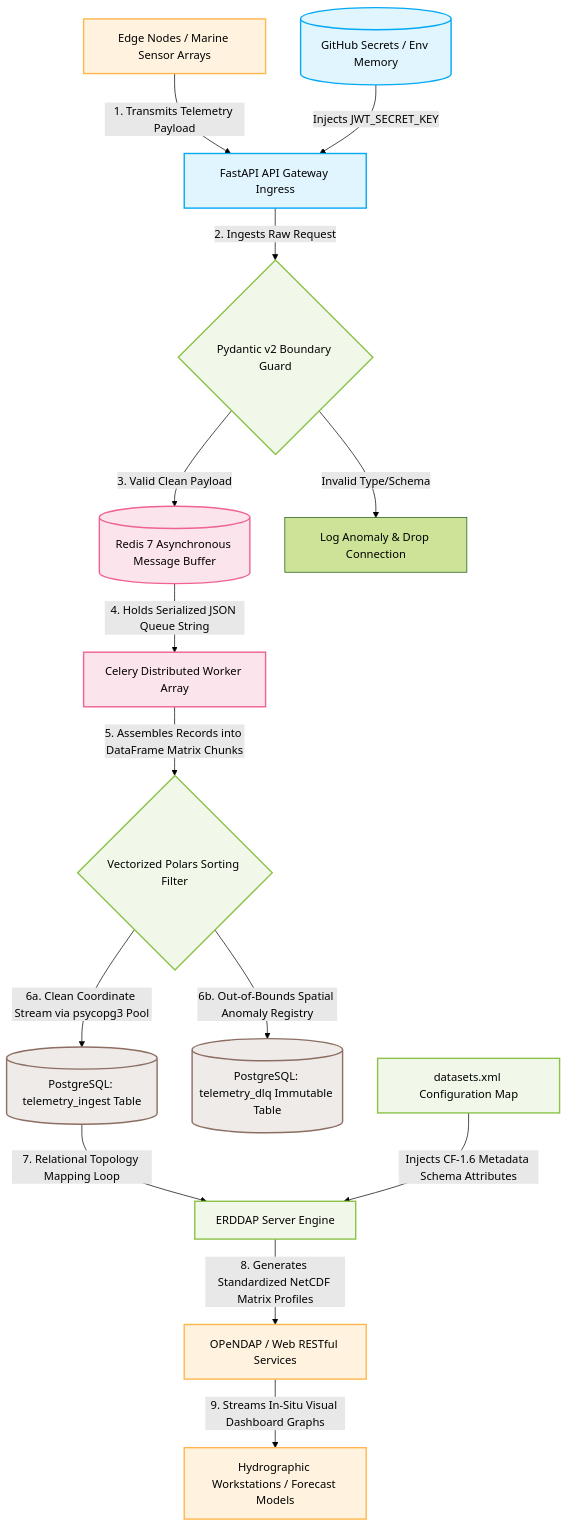
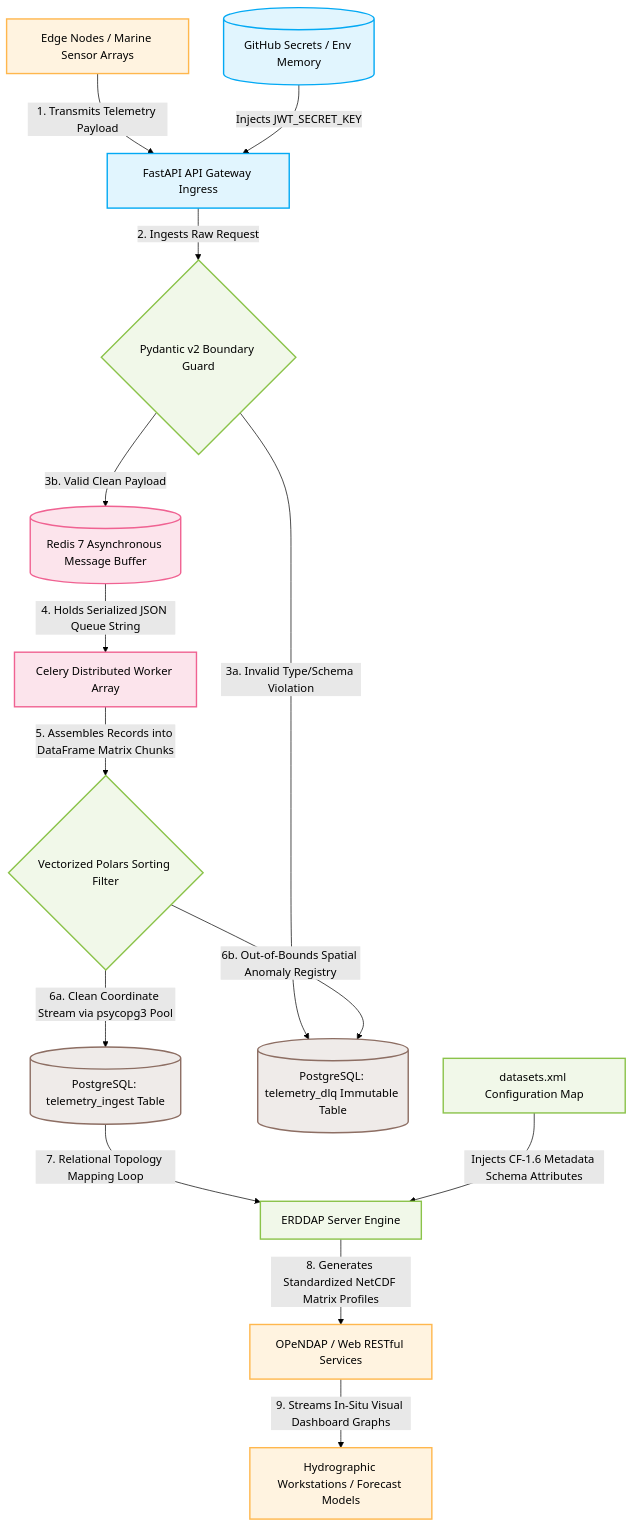
The diagram in README.md (NixonDylan/defense-telemetry-pipeline-private), drawn with Mermaid (forest theme) before and after one commit. The commit also changed other lines of this file, not shown here.

````diff
--- a/README.md
+++ b/README.md
@@ -9,51 +9,51 @@
 ```mermaid
 graph TD
     %% Define System Nodes
     Edge[Edge Nodes / Marine Sensor Arrays]
     Secrets[(GitHub Secrets / Env Memory)]
     Gateway[FastAPI API Gateway Ingress]
     Pydantic{Pydantic v2 Boundary Guard}
     Redis[(Redis 7 Asynchronous Message Buffer)]
     Celery[Celery Distributed Worker Array]
     Polars{Vectorized Polars Sorting Filter}
     DB_Valid[(PostgreSQL: telemetry_ingest Table)]
     DB_DLQ[(PostgreSQL: telemetry_dlq Immutable Table)]
     XML[datasets.xml Configuration Map]
     ERDDAP[ERDDAP Server Engine]
     Web[OPeNDAP / Web RESTful Services]
     Workstation[Hydrographic Workstations / Forecast Models]
 
     %% Define Structural Data Flow
     Edge -->|1. Transmits Telemetry Payload| Gateway
     Secrets -->|Injects JWT_SECRET_KEY| Gateway
     
     Gateway -->|2. Ingests Raw Request| Pydantic
-    Pydantic -->|Invalid Type/Schema| Drop[Log Anomaly & Drop Connection]
-    Pydantic -->|3. Valid Clean Payload| Redis
+    Pydantic -->|3a. Invalid Type/Schema Violation| DB_DLQ
+    Pydantic -->|3b. Valid Clean Payload| Redis
     
     Redis -->|4. Holds Serialized JSON Queue String| Celery
     Celery -->|5. Assembles Records into DataFrame Matrix Chunks| Polars
     
     %% Spatial Filtering Decisions
     Polars -->|6a. Clean Coordinate Stream via psycopg3 Pool| DB_Valid
     Polars -->|6b. Out-of-Bounds Spatial Anomaly Registry| DB_DLQ
     
     %% Downstream Presentation
     DB_Valid -->|7. Relational Topology Mapping Loop| ERDDAP
     XML -->|Injects CF-1.6 Metadata Schema Attributes| ERDDAP
     ERDDAP -->|8. Generates Standardized NetCDF Matrix Profiles| Web
     Web -->|9. Streams In-Situ Visual Dashboard Graphs| Workstation
 
-    %% Applied Custom Styling Configurations
+    %% Applied Custom Design Layout Styling
     classDef secure fill:#e1f5fe,stroke:#03a9f4,stroke-width:2px,color:#000;
     classDef queue fill:#fce4ec,stroke:#f06292,stroke-width:2px,color:#000;
     classDef database fill:#efebe9,stroke:#8d6e63,stroke-width:2px,color:#000;
     classDef network fill:#fff3e0,stroke:#ffb74d,stroke-width:2px,color:#000;
     classDef filter fill:#f1f8e9,stroke:#8bc34a,stroke-width:2px,color:#000;
 
     class Gateway,Secrets secure;
     class Redis,Celery queue;
     class DB_Valid,DB_DLQ database;
     class Edge,Web,Workstation network;
     class Polars,Pydantic,XML,ERDDAP filter;
 ```
````
